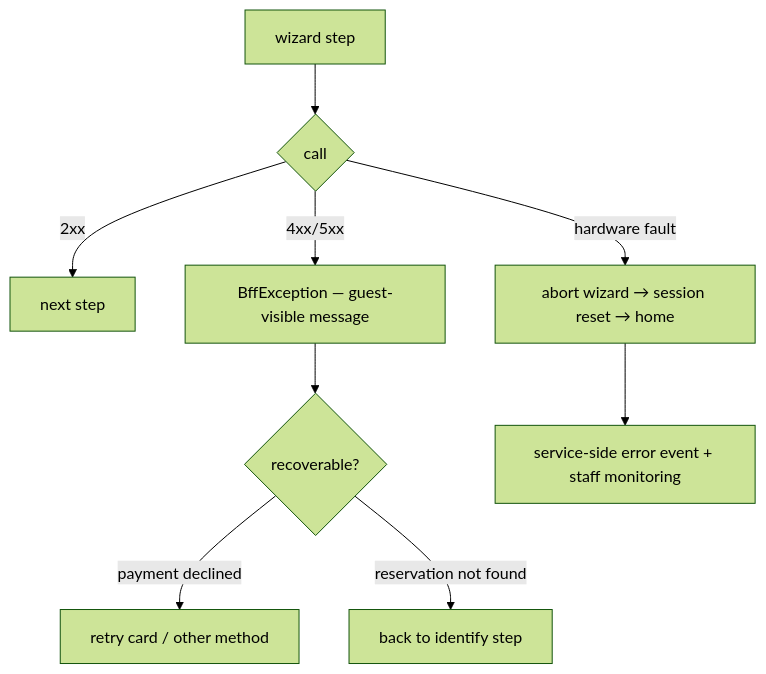
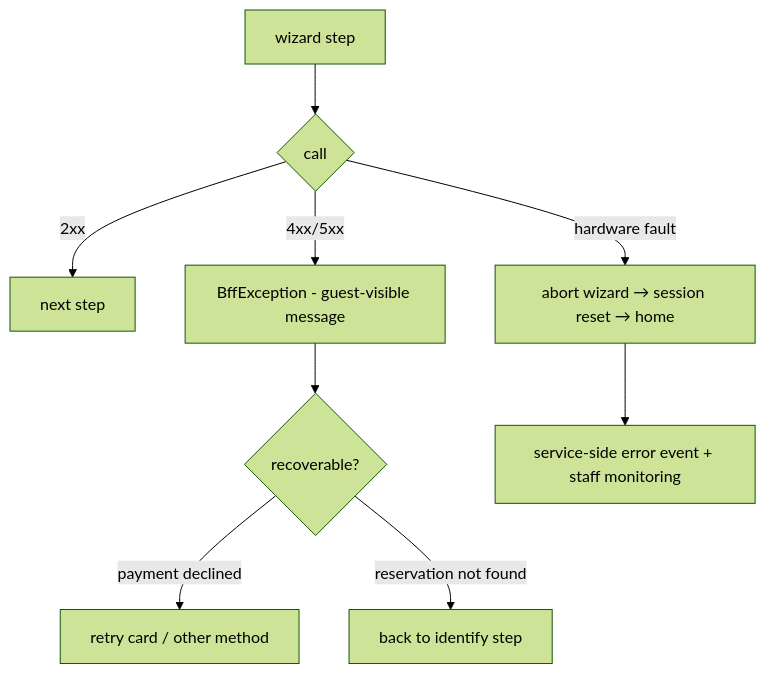
The ninth of 11 diagrams in docs/apps/ekiosk/design.md (Hotel8/hotel8-site), drawn with Mermaid (forest theme) before and after one commit. The commit also changed other lines of this file and 61 other files, not shown here.

````diff
--- a/docs/apps/ekiosk/design.md
+++ b/docs/apps/ekiosk/design.md
@@ -272,11 +272,11 @@
 ```mermaid
 flowchart TD
     A[wizard step] --> B{call}
     B -->|2xx| C[next step]
-    B -->|4xx/5xx| D[BffException — guest-visible message]
+    B -->|4xx/5xx| D[BffException - guest-visible message]
     D --> E{recoverable?}
     E -- payment declined --> F[retry card / other method]
     E -- reservation not found --> G[back to identify step]
     B -->|hardware fault| H[abort wizard → session reset → home]
     H --> I[service-side error event + staff monitoring]
 ```
````
